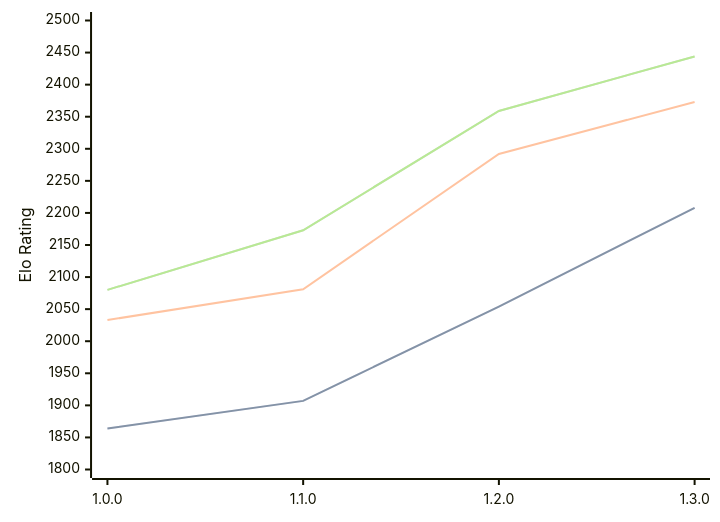
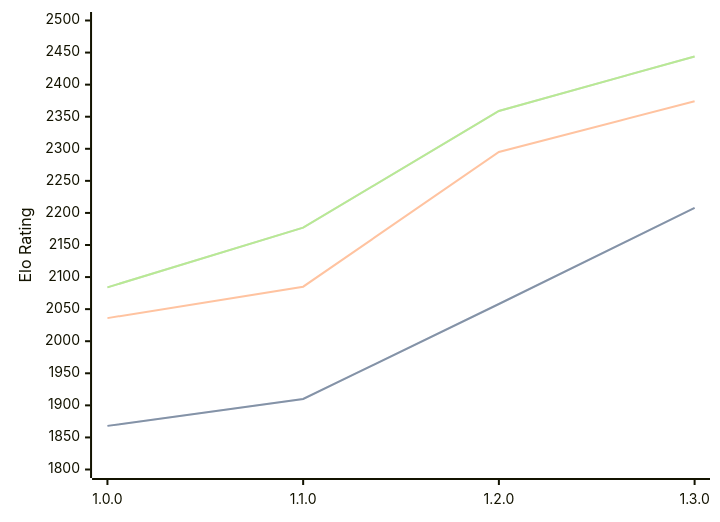
Before and after one commit to computer-chess-index/cci: the diagram in engines/Anodos.md, drawn with Mermaid. The commit also changed other lines of this file, not shown here.

Commit message:
Update CCI Ratings (ELO VLTC) - 2026-02-24

````diff
--- a/engines/Anodos.md
+++ b/engines/Anodos.md
@@ -42,11 +42,11 @@
 ```mermaid
 %%{init: {"theme":"base","themeVariables":{"seriesColors:['#a3a3a3','#222221','#faa371']}}}%%
 xychart-beta
   x-axis ["1.0.0", "1.1.0", "1.2.0", "1.3.0"]
   y-axis "Elo Rating" 1800 --> 2500
-  line "STC (8.0+0.08s)" [1864, 1907, 2054, 2208]
-  line "STC (8.0+0.08s)" [1864, 1907, 2054, 2208]
-  line "LTC (60.0+0.60s)" [2033, 2081, 2292, 2373]
-  line "VLTC (2m24s+1.12s)" [2080, 2173, 2359, 2444]
-  line "VLTC (2m24s+1.12s)" [2080, 2173, 2359, 2444]
+  line "STC (8.0+0.08s)" [1868, 1910, 2058, 2208]
+  line "STC (8.0+0.08s)" [1868, 1910, 2058, 2208]
+  line "LTC (60.0+0.60s)" [2036, 2085, 2295, 2374]
+  line "VLTC (2m24s+1.12s)" [2084, 2177, 2359, 2444]
+  line "VLTC (2m24s+1.12s)" [2084, 2177, 2359, 2444]
 ```
````
